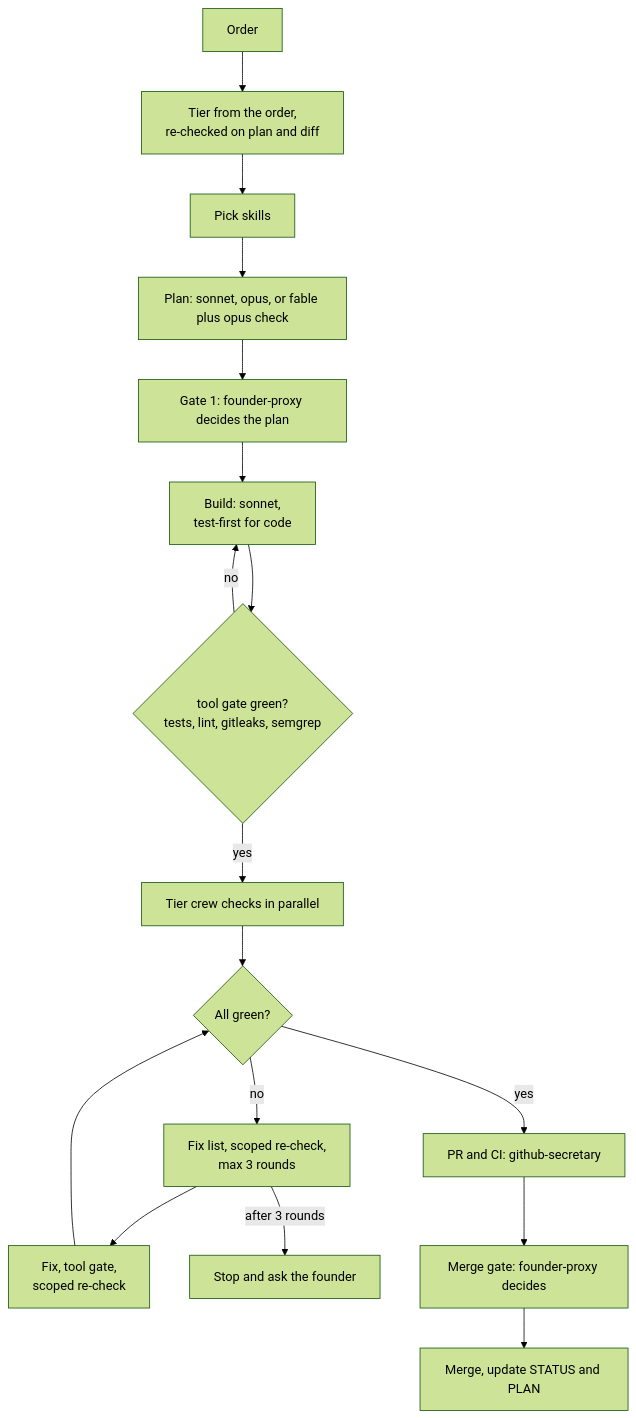
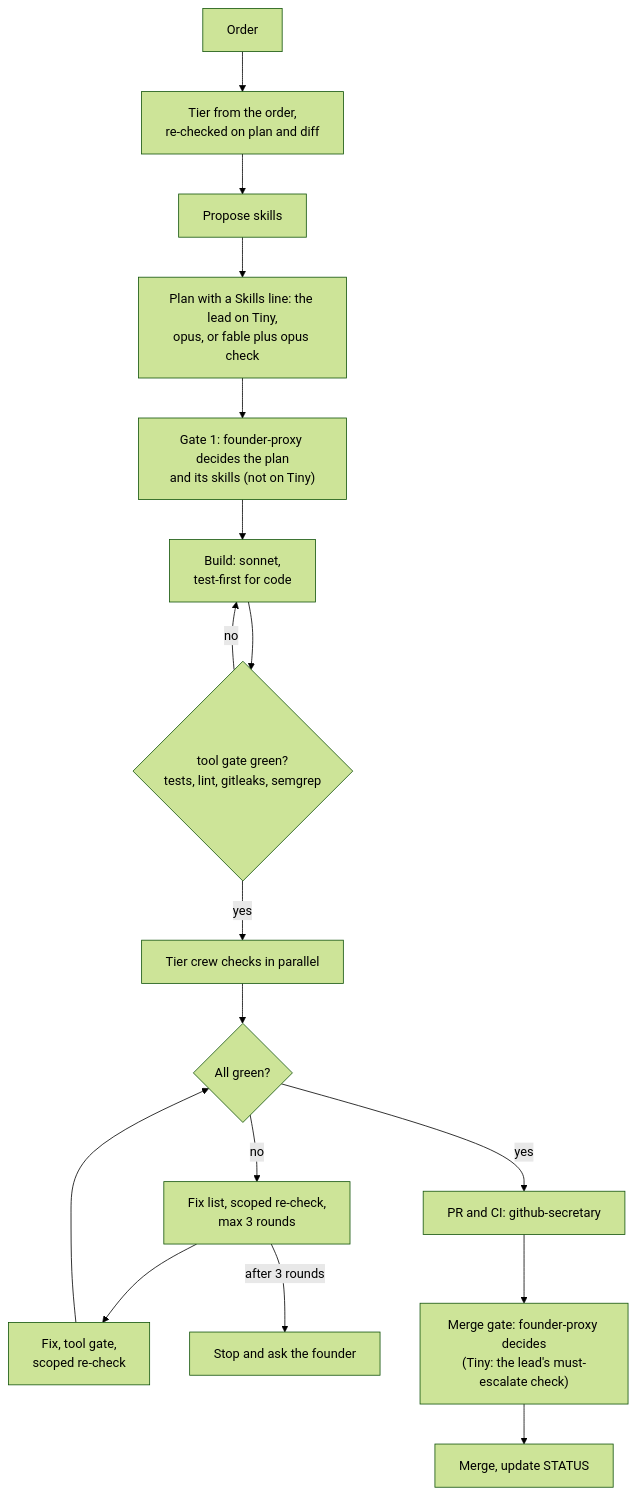
One commit to LeongJinZhou/ai-company changed the second of 3 diagrams in README.md. Above: the diagram before and after it, drawn with Mermaid (forest theme). The commit also changed other lines of this file and 11 other files, not shown here.

First line of the commit message:
feat: right-sized workflow, lean Tiny tier and enforced skills (#20)

````diff
--- a/README.md
+++ b/README.md
@@ -29,19 +29,19 @@
 ```mermaid
 flowchart TD
     A["Order"] --> T["Tier from the order,<br>re-checked on plan and diff"]
-    T --> B["Pick skills"]
-    B --> C["Plan: sonnet, opus, or fable plus opus check"]
-    C --> D["Gate 1: founder-proxy decides the plan"]
+    T --> B["Propose skills"]
+    B --> C["Plan with a Skills line: the lead on Tiny,<br>opus, or fable plus opus check"]
+    C --> D["Gate 1: founder-proxy decides the plan<br>and its skills (not on Tiny)"]
     D --> E["Build: sonnet,<br>test-first for code"]
     E --> G0{"tool gate green?<br>tests, lint, gitleaks, semgrep"}
     G0 -- no --> E
     G0 -- yes --> F["Tier crew checks in parallel"]
     F --> H{"All green?"}
     H -- no --> I["Fix list, scoped re-check,<br>max 3 rounds"]
     I --> E2["Fix, tool gate,<br>scoped re-check"]
     E2 --> H
     I -- "after 3 rounds" --> Z["Stop and ask the founder"]
     H -- yes --> J["PR and CI: github-secretary"]
-    J --> K["Merge gate: founder-proxy decides"]
-    K --> L["Merge, update STATUS and PLAN"]
+    J --> K["Merge gate: founder-proxy decides<br>(Tiny: the lead's must-escalate check)"]
+    K --> L["Merge, update STATUS"]
 ```
````
